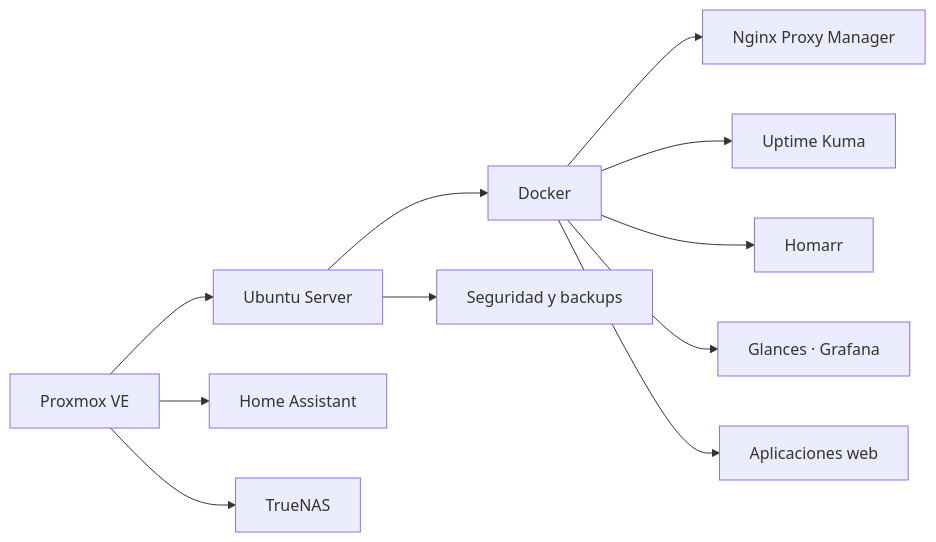
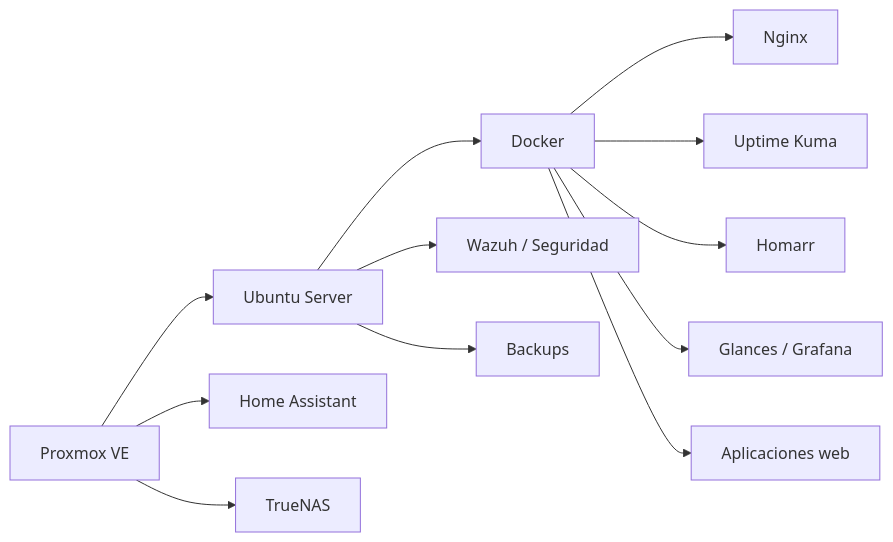
One commit to poto212/poto212 changed the diagram in README.md. Above: the diagram before and after it, drawn with Mermaid. The commit also changed other lines of this file, not shown here.

````diff
--- a/README.md
+++ b/README.md
@@ -169,13 +243,14 @@
 ```mermaid
 flowchart LR
     P[Proxmox VE] --> U[Ubuntu Server]
     P --> HA[Home Assistant]
     P --> NAS[TrueNAS]
     U --> D[Docker]
-    D --> N[Nginx Proxy Manager]
+    D --> N[Nginx]
     D --> K[Uptime Kuma]
     D --> H[Homarr]
-    D --> O[Glances · Grafana]
+    D --> G[Glances / Grafana]
     D --> A[Aplicaciones web]
-    U --> S[Seguridad y backups]
+    U --> W[Wazuh / Seguridad]
+    U --> B[Backups]
 ```
````
